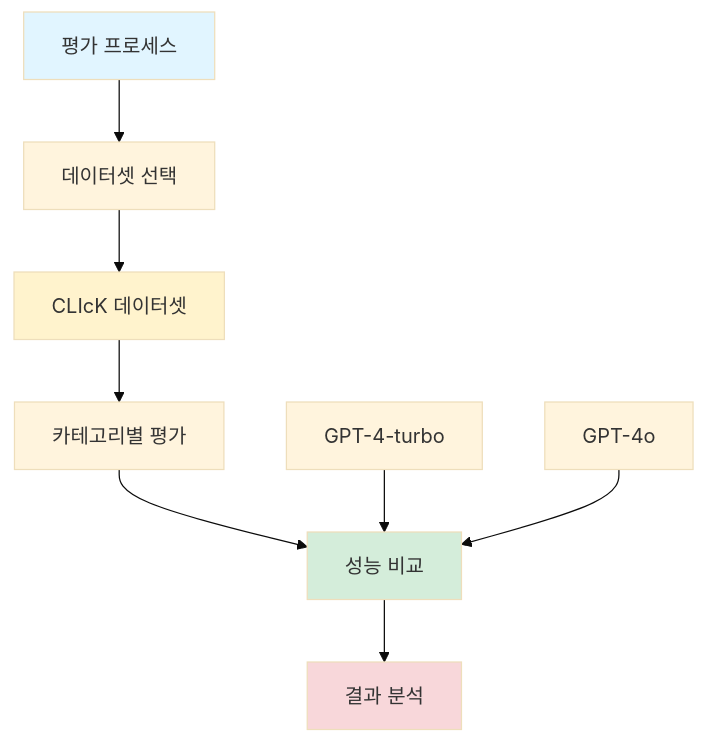
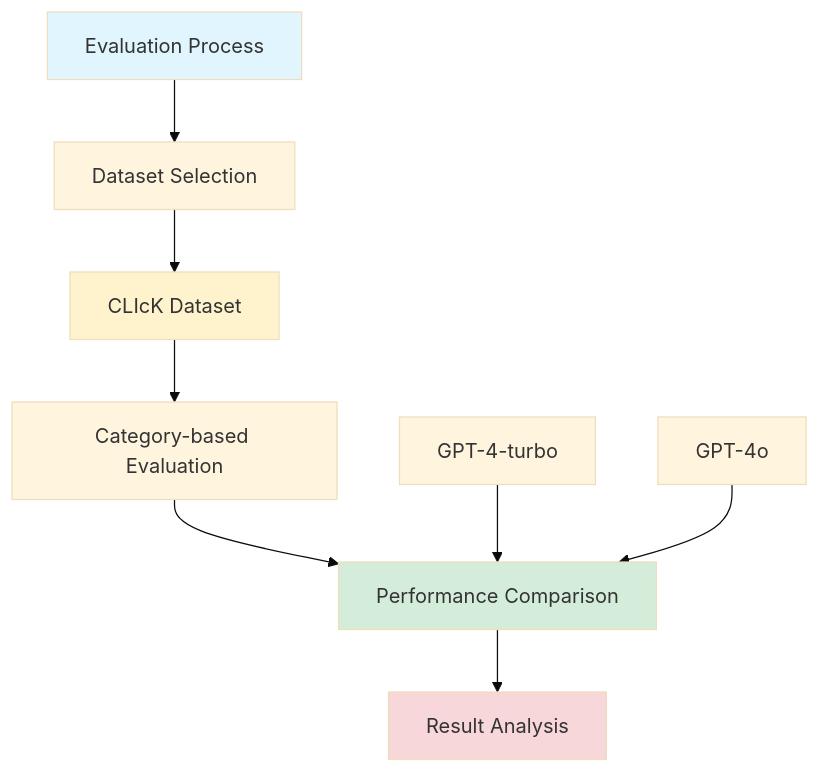
The diagram in _posts/2024-05-19-evaluating-llm-use-case.md (akillness/akillness.github.io), drawn with Mermaid (base theme) before and after one commit. The commit also changed other lines of this file and 229 other files, not shown here.

````diff
--- a/_posts/2024-05-19-evaluating-llm-use-case.md
+++ b/_posts/2024-05-19-evaluating-llm-use-case.md
@@ -30,16 +26,16 @@
 ```mermaid
 graph TB
-    A[평가 프로세스] --> B[데이터셋 선택]
-    B --> C[CLIcK 데이터셋]
-    C --> D[카테고리별 평가]
-    D --> E[성능 비교]
-    E --> F[결과 분석]
+    A[Evaluation Process] --> B[Dataset Selection]
+    B --> C[CLIcK Dataset]
+    C --> D[Category-based Evaluation]
+    D --> E[Performance Comparison]
+    E --> F[Result Analysis]
     
     G[GPT-4-turbo] --> E
     H[GPT-4o] --> E
     
     style A fill:#e1f5ff
     style C fill:#fff3cd
     style E fill:#d4edda
     style F fill:#f8d7da
 ```
````
